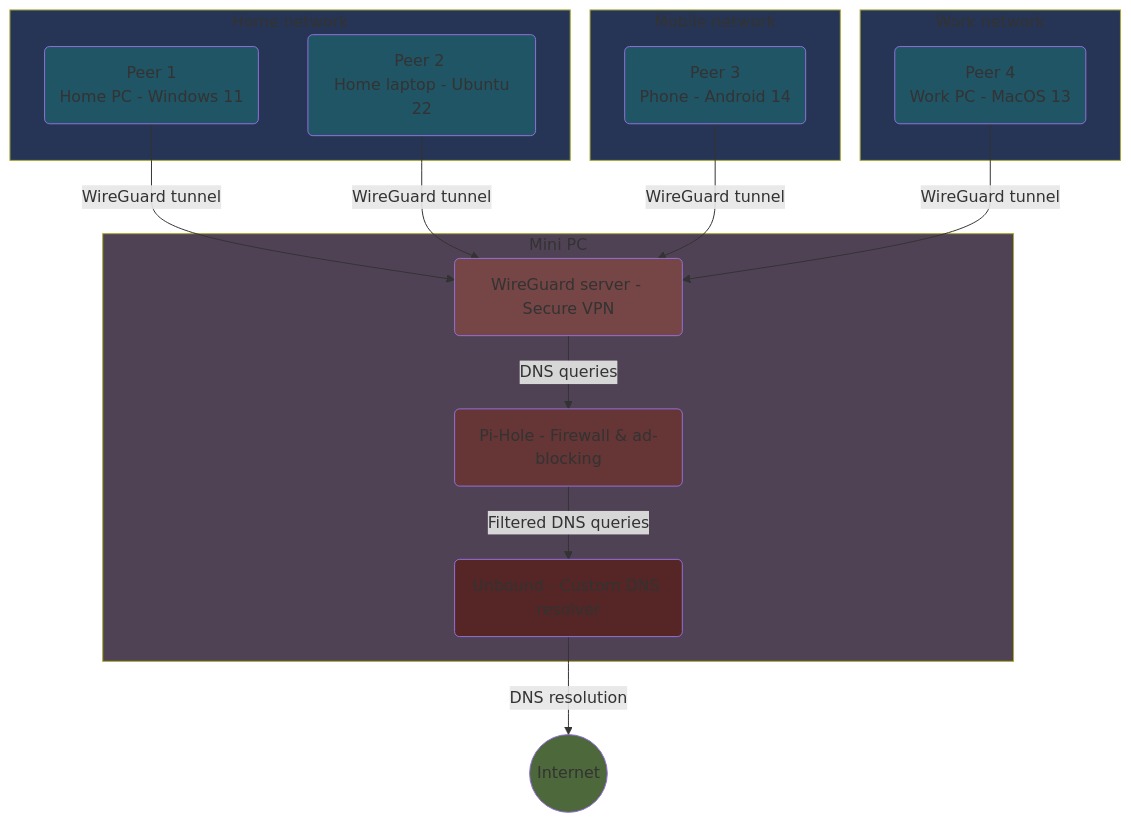
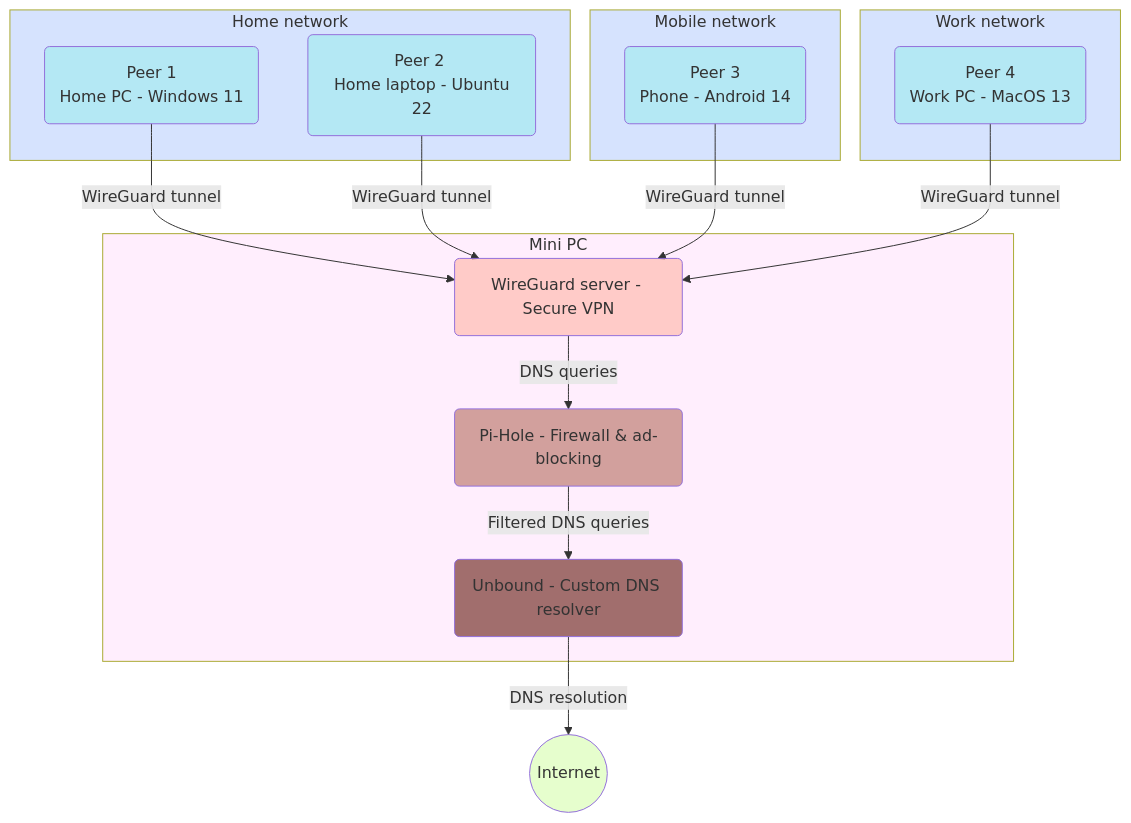
The sixth of 32 diagrams in README.md (Yann39/self-hosted-n100), drawn with Mermaid before and after one commit. The commit also changed other lines of this file and 1 other file, not shown here.

Commit message:
adapted diagrams so they display better in light mode

````diff
--- a/README.md
+++ b/README.md
@@ -1532,50 +1536,50 @@
 ```mermaid
 flowchart TB
-    style WINDOWS11 fill: #205566
-    style LAPTOP fill: #205566
-    style MOBILE fill: #205566
-    style MACOS fill: #205566
-    style WIREGUARD_SERVER fill: #764545
-    style PIHOLE fill: #663535
-    style UNBOUND fill: #562525
-    style INTERNET fill: #4d683b
-    style HOME_NETWORK fill: #263555
-    style 5G_NETWORK fill: #263555
-    style WORK_NETWORK fill: #263555
-    style MINI_PC fill: #504255
+    style WINDOWS11 fill: #01fcbf29
+    style LAPTOP fill: #01fcbf29
+    style MOBILE fill: #01fcbf29
+    style MACOS fill: #01fcbf29
+    style WIREGUARD_SERVER fill: #fd500c38
+    style PIHOLE fill: #8a200161
+    style UNBOUND fill: #5a0f0191
+    style INTERNET fill: #bbfd795e
+    style HOME_NETWORK fill: #6996fc45
+    style 5G_NETWORK fill: #6996fc45
+    style WORK_NETWORK fill: #6996fc45
+    style MINI_PC fill: #fec1f647
     WINDOWS11(Peer 1 \n Home PC - Windows 11)
     LAPTOP(Peer 2 \n Home laptop - Ubuntu 22)
     MOBILE(Peer 3 \n Phone - Android 14)
     MACOS(Peer 4 \n Work PC - MacOS 13)
     WIREGUARD_SERVER(WireGuard server - Secure VPN)
     PIHOLE(Pi-Hole - Firewall & ad-blocking)
     UNBOUND(Unbound - Custom DNS resolver)
     INTERNET((Internet))
 
     subgraph HOME_NETWORK[Home network]
         WINDOWS11
         LAPTOP
     end
 
     subgraph 5G_NETWORK[Mobile network]
         MOBILE
     end
 
     subgraph WORK_NETWORK[Work network]
         MACOS
     end
 
     subgraph MINI_PC[Mini PC]
         WIREGUARD_SERVER
         PIHOLE
         UNBOUND
     end
 
     WINDOWS11 -- WireGuard tunnel --> WIREGUARD_SERVER
     LAPTOP -- WireGuard tunnel --> WIREGUARD_SERVER
     MOBILE -- WireGuard tunnel --> WIREGUARD_SERVER
     MACOS -- WireGuard tunnel --> WIREGUARD_SERVER
     WIREGUARD_SERVER -- DNS queries --> PIHOLE
     PIHOLE -- Filtered DNS queries --> UNBOUND
     UNBOUND -- DNS resolution --> INTERNET
 ```
````
